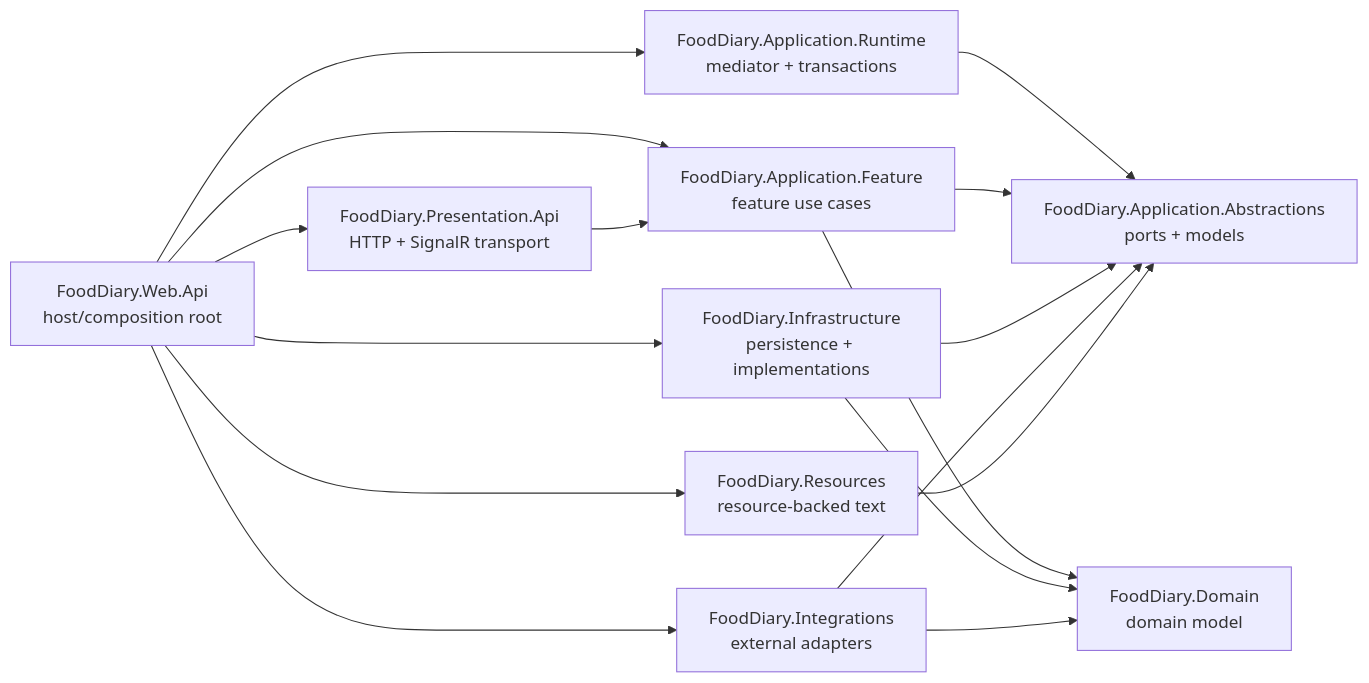
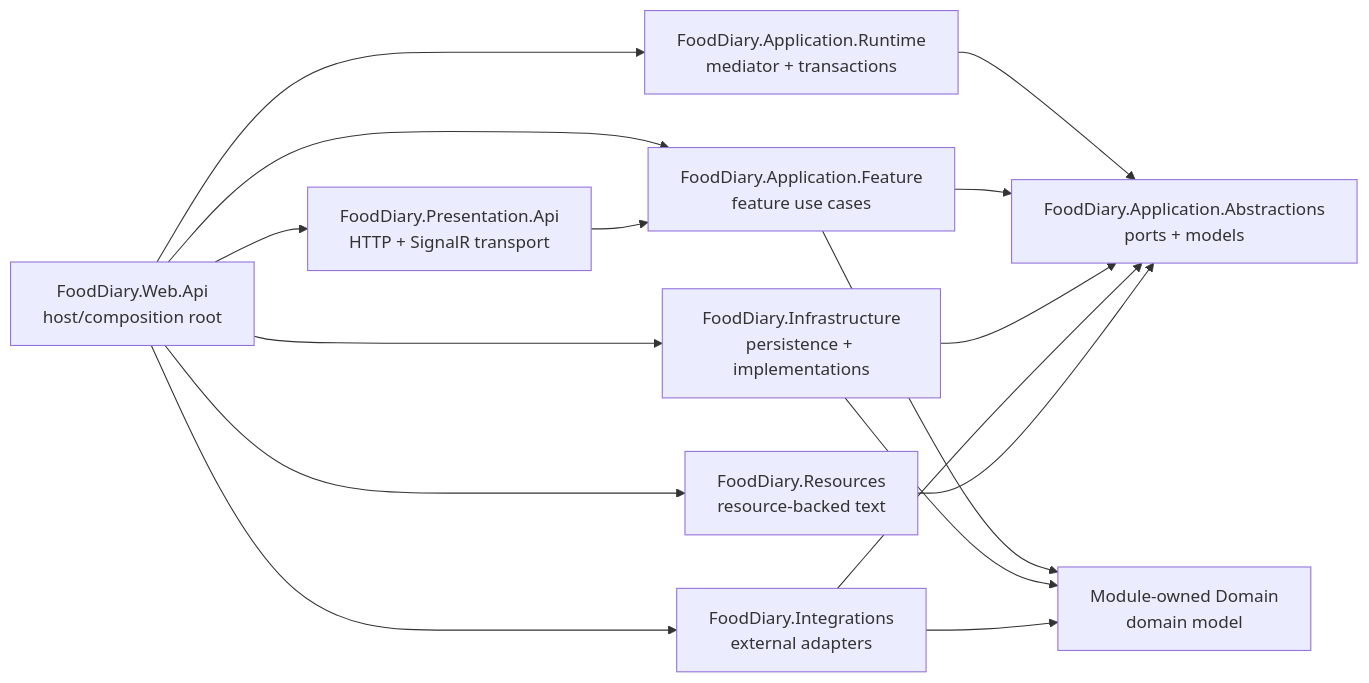
Before and after one commit to alexindima/food-diary: the first of 2 diagrams in docs/ARCHITECTURE.md, drawn with Mermaid. The commit also changed other lines of this file and 554 other files, not shown here.

````diff
--- a/docs/ARCHITECTURE.md
+++ b/docs/ARCHITECTURE.md
@@ -42,18 +42,18 @@
 ```mermaid
 flowchart LR
     WebApi["FoodDiary.Web.Api\nhost/composition root"] --> Presentation["FoodDiary.Presentation.Api\nHTTP + SignalR transport"]
     WebApi --> Runtime["FoodDiary.Application.Runtime\nmediator + transactions"]
     WebApi --> Modules["FoodDiary.Application.Feature\nfeature use cases"]
     WebApi --> Infrastructure["FoodDiary.Infrastructure\npersistence + implementations"]
     WebApi --> Integrations["FoodDiary.Integrations\nexternal adapters"]
     WebApi --> Resources["FoodDiary.Resources\nresource-backed text"]
     Presentation --> Modules
     Runtime --> Abstractions["FoodDiary.Application.Abstractions\nports + models"]
     Modules --> Abstractions
-    Modules --> Domain["FoodDiary.Domain\ndomain model"]
+    Modules --> Domain["Module-owned Domain\ndomain model"]
     Infrastructure --> Abstractions
     Infrastructure --> Domain
     Integrations --> Abstractions
     Integrations --> Domain
     Resources --> Abstractions
 ```
````
